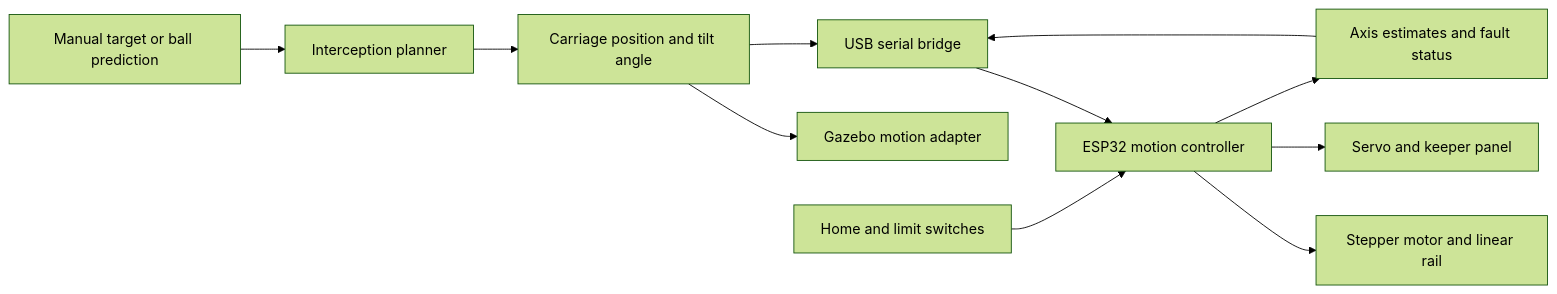
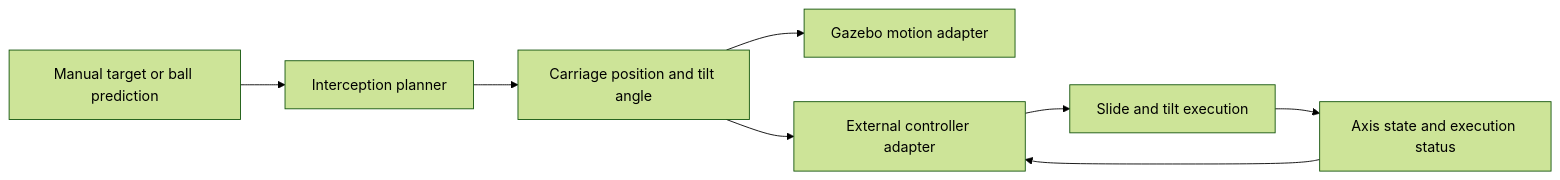
One commit to yla0123/autonomous-goalkeeper-robot changed the diagram in readme.md. Above: the diagram before and after it, drawn with Mermaid (forest theme). The commit also changed other lines of this file and 12 other files, not shown here.

````diff
--- a/readme.md
+++ b/readme.md
@@ -13,13 +13,10 @@
 ```mermaid
 flowchart LR
     Input[Manual target or ball prediction] --> Planner[Interception planner]
     Planner --> Target[Carriage position and tilt angle]
     Target --> Sim[Gazebo motion adapter]
-    Target --> Bridge[USB serial bridge]
-    Bridge --> MCU[ESP32 motion controller]
-    MCU --> Slide[Stepper motor and linear rail]
-    MCU --> Tilt[Servo and keeper panel]
-    Limits[Home and limit switches] --> MCU
-    MCU --> Status[Axis estimates and fault status]
-    Status --> Bridge
+    Target --> Adapter[External controller adapter]
+    Adapter --> Motion[Slide and tilt execution]
+    Motion --> Status[Axis state and execution status]
+    Status --> Adapter
 ```
````
